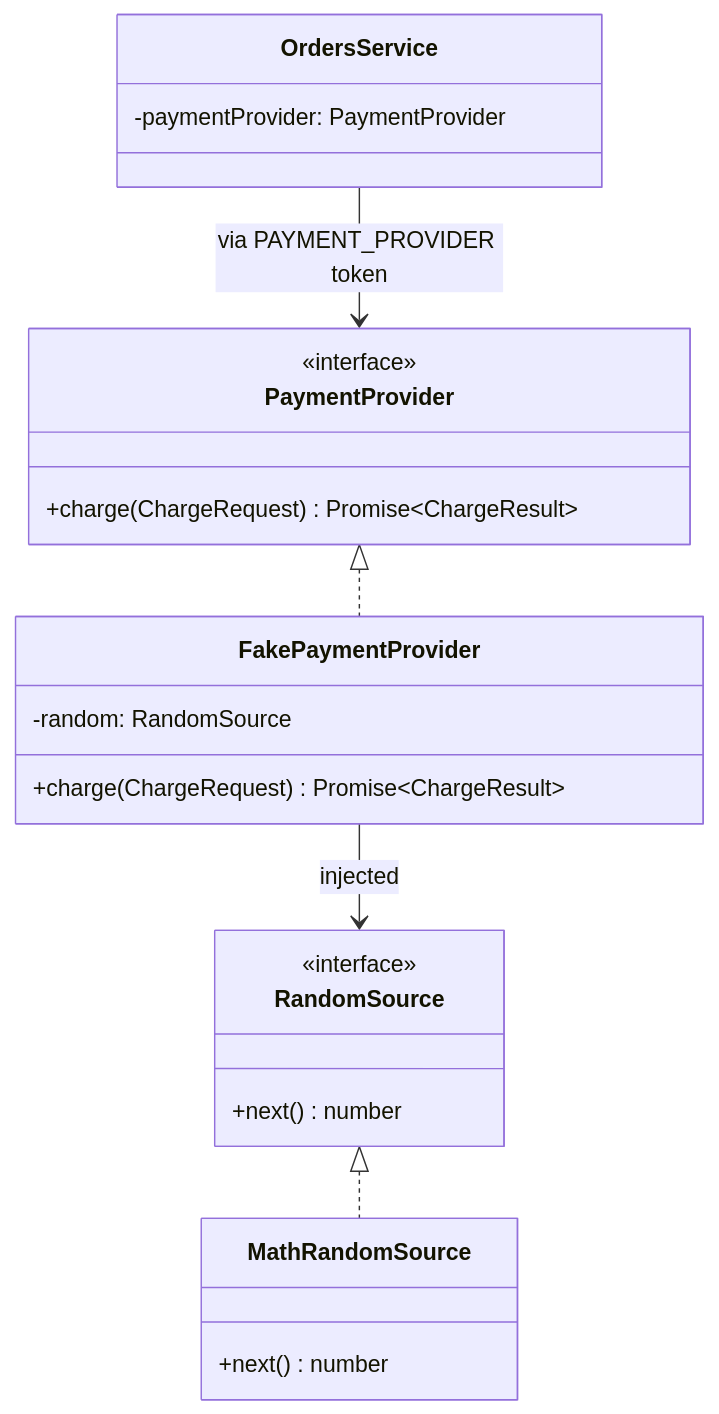
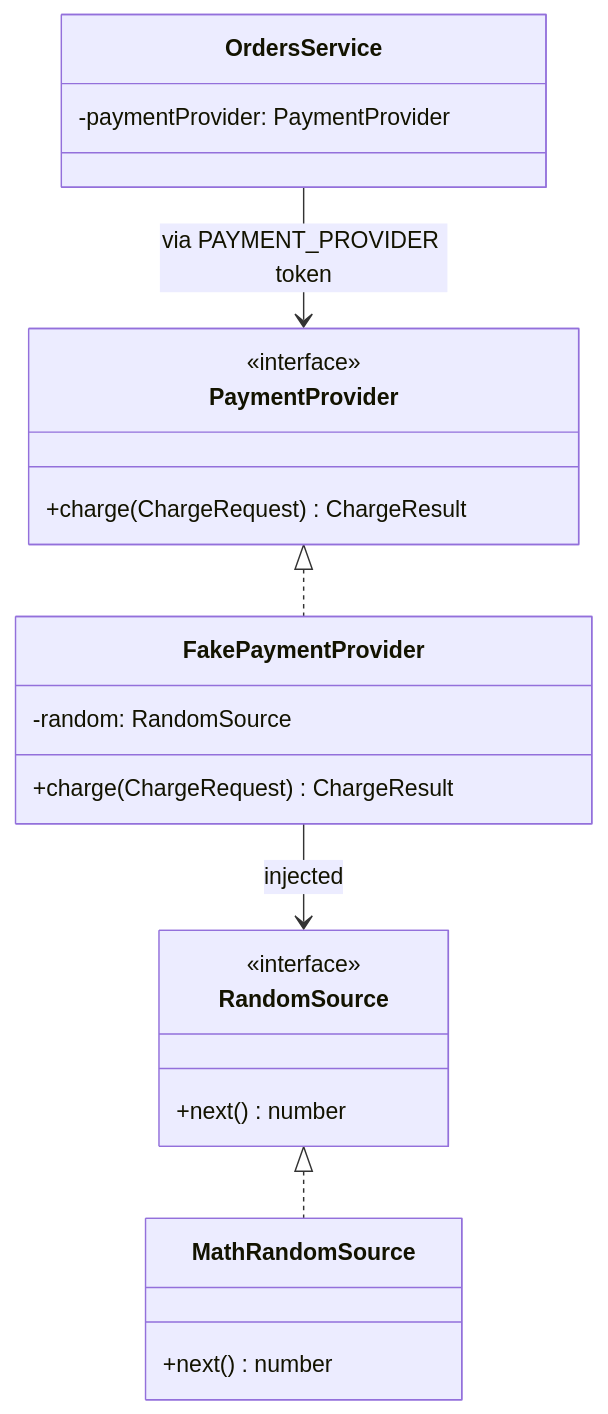
The first of 2 diagrams in docs/processes/P-05-payment-processing.md (alejandrogalaz21/e-comerce), drawn with Mermaid before and after one commit. The commit also changed other lines of this file and 6 other files, not shown here.

First line of the commit message:
fix(docs): make the process diagrams parse in every mermaid version

````diff
--- a/docs/processes/P-05-payment-processing.md
+++ b/docs/processes/P-05-payment-processing.md
@@ -23,26 +23,26 @@
 ```mermaid
 classDiagram
     class PaymentProvider {
         <<interface>>
-        +charge(ChargeRequest) Promise~ChargeResult~
+        +charge(ChargeRequest) ChargeResult
     }
     class FakePaymentProvider {
         -random: RandomSource
-        +charge(ChargeRequest) Promise~ChargeResult~
+        +charge(ChargeRequest) ChargeResult
     }
     class RandomSource {
         <<interface>>
         +next() number
     }
     class MathRandomSource {
         +next() number
     }
     class OrdersService {
         -paymentProvider: PaymentProvider
     }
 
     PaymentProvider <|.. FakePaymentProvider
     RandomSource <|.. MathRandomSource
     FakePaymentProvider --> RandomSource : injected
     OrdersService --> PaymentProvider : via PAYMENT_PROVIDER token
 ```
````
